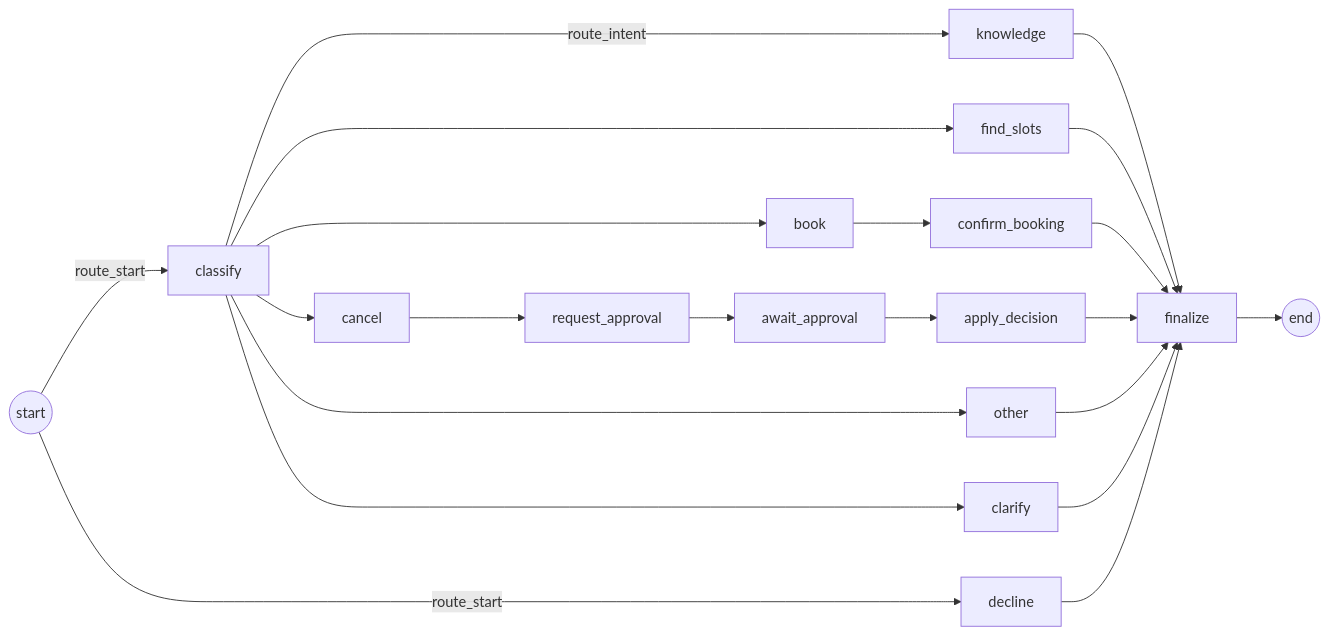
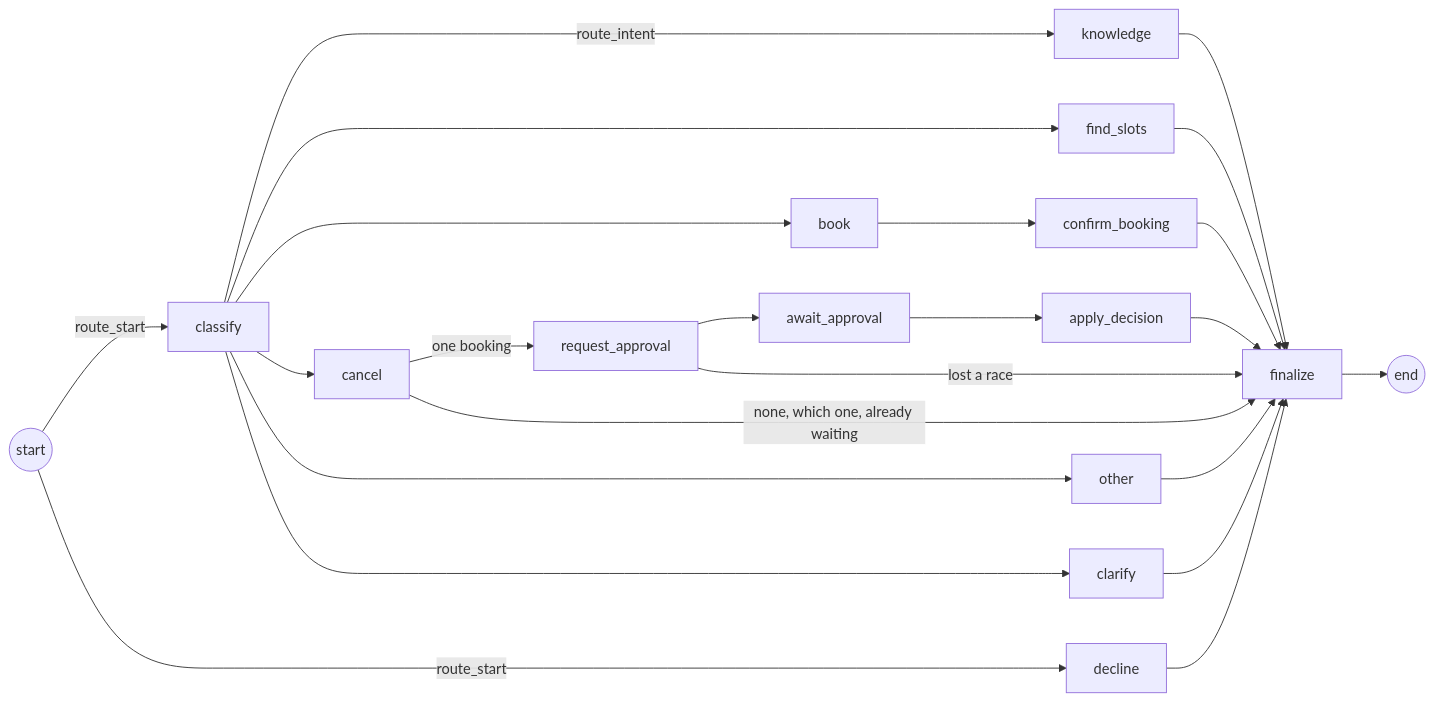
One commit to lqji/anthropic changed the diagram in docs/workflow.md. Above: the diagram before and after it, drawn with Mermaid. The commit also changed other lines of this file and 11 other files, not shown here.

First line of the commit message:
CFD-14: Wire cancellation approval into the conversation graph

````diff
--- a/docs/workflow.md
+++ b/docs/workflow.md
@@ -11,15 +11,17 @@
 ```mermaid
 flowchart LR
     START((start)) -->|route_start| classify
     START -->|route_start| decline
     classify -->|route_intent| knowledge
     classify --> find_slots
     classify --> book
     classify --> cancel
     classify --> other
     classify --> clarify
     book --> confirm_booking
-    cancel --> request_approval --> await_approval --> apply_decision
+    cancel -->|one booking| request_approval --> await_approval --> apply_decision
+    cancel -->|none, which one, already waiting| finalize
+    request_approval -->|lost a race| finalize
     knowledge & find_slots & confirm_booking & apply_decision & other & clarify & decline --> finalize
     finalize --> END((end))
 ```
````
